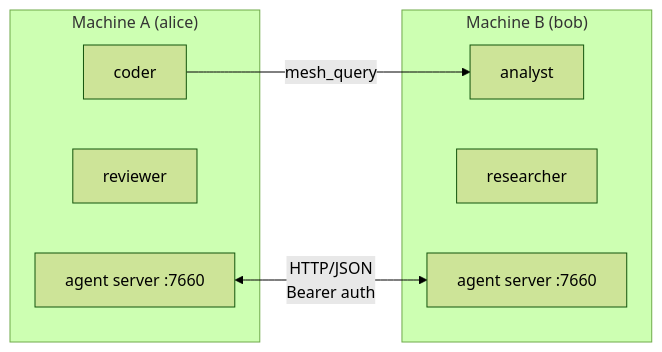
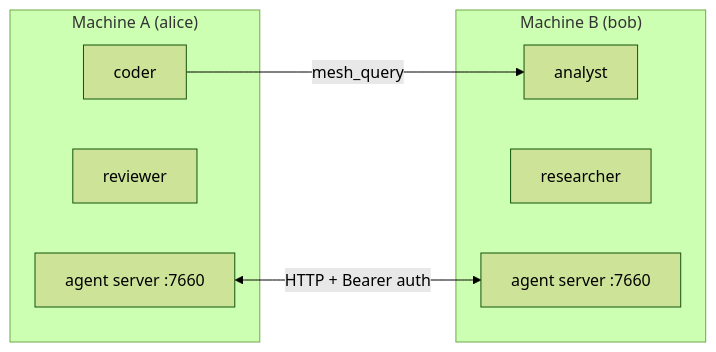
One commit to johnloveworld2022-ops/mecha.im changed the second of 4 diagrams in website/docs/features/mesh-networking.md. Above: the diagram before and after it, drawn with Mermaid (forest theme). The commit also changed other lines of this file and 3 other files, not shown here.

````diff
--- a/website/docs/features/mesh-networking.md
+++ b/website/docs/features/mesh-networking.md
@@ -7,15 +40,15 @@
 ```mermaid
 graph LR
-  subgraph alice["Machine A (alice)"]
-    coder
-    reviewer
-    agentA["agent server :7660"]
-  end
-  subgraph bob["Machine B (bob)"]
-    analyst
-    researcher
-    agentB["agent server :7660"]
-  end
-  coder -- "mesh_query" --> analyst
-  agentA <-- "HTTP/JSON<br/>Bearer auth" --> agentB
+    subgraph alice["Machine A (alice)"]
+        coder
+        reviewer
+        agentA["agent server :7660"]
+    end
+    subgraph bob["Machine B (bob)"]
+        analyst
+        researcher
+        agentB["agent server :7660"]
+    end
+    coder -- "mesh_query" --> analyst
+    agentA <-- "HTTP + Bearer auth" --> agentB
 ```
````
